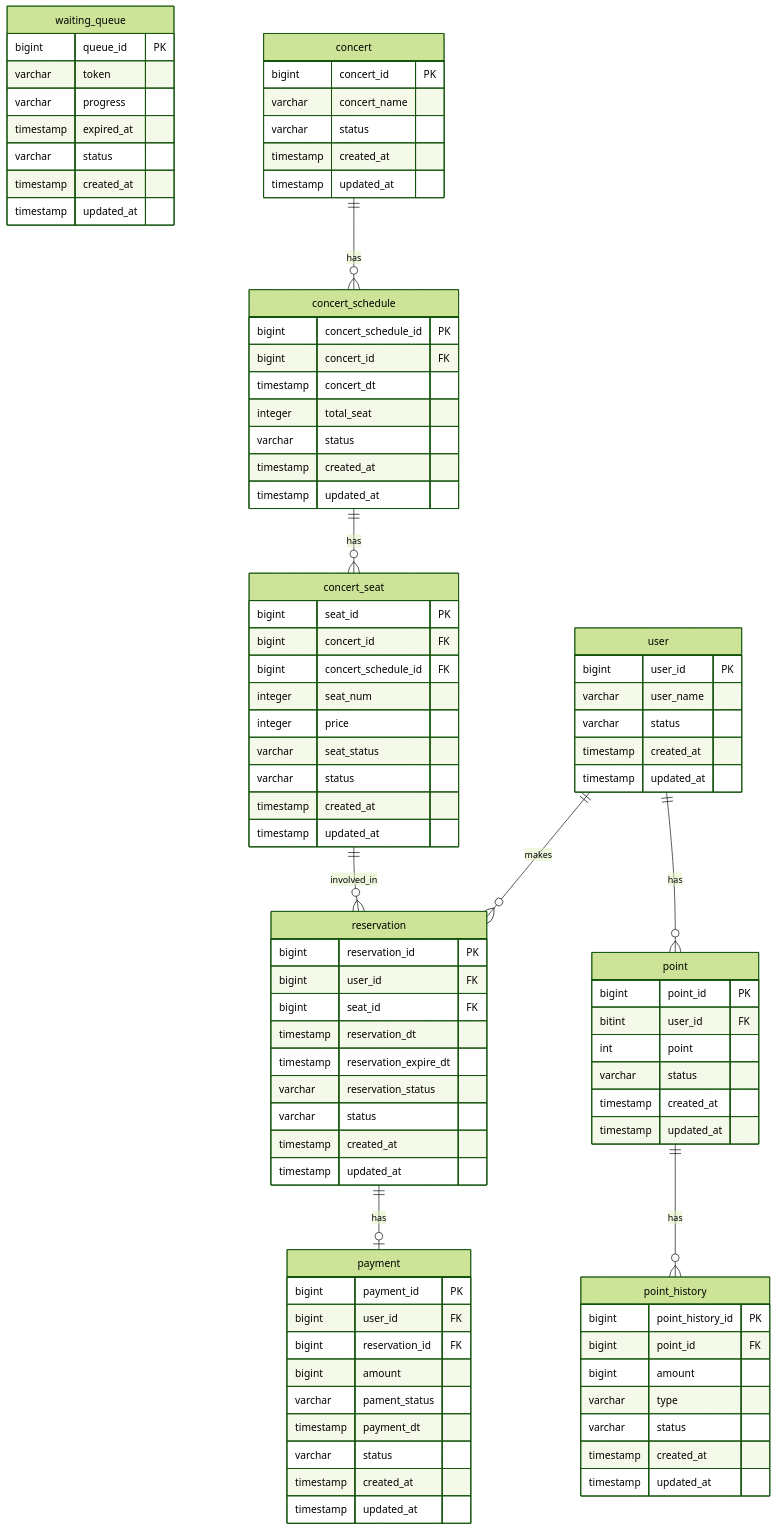
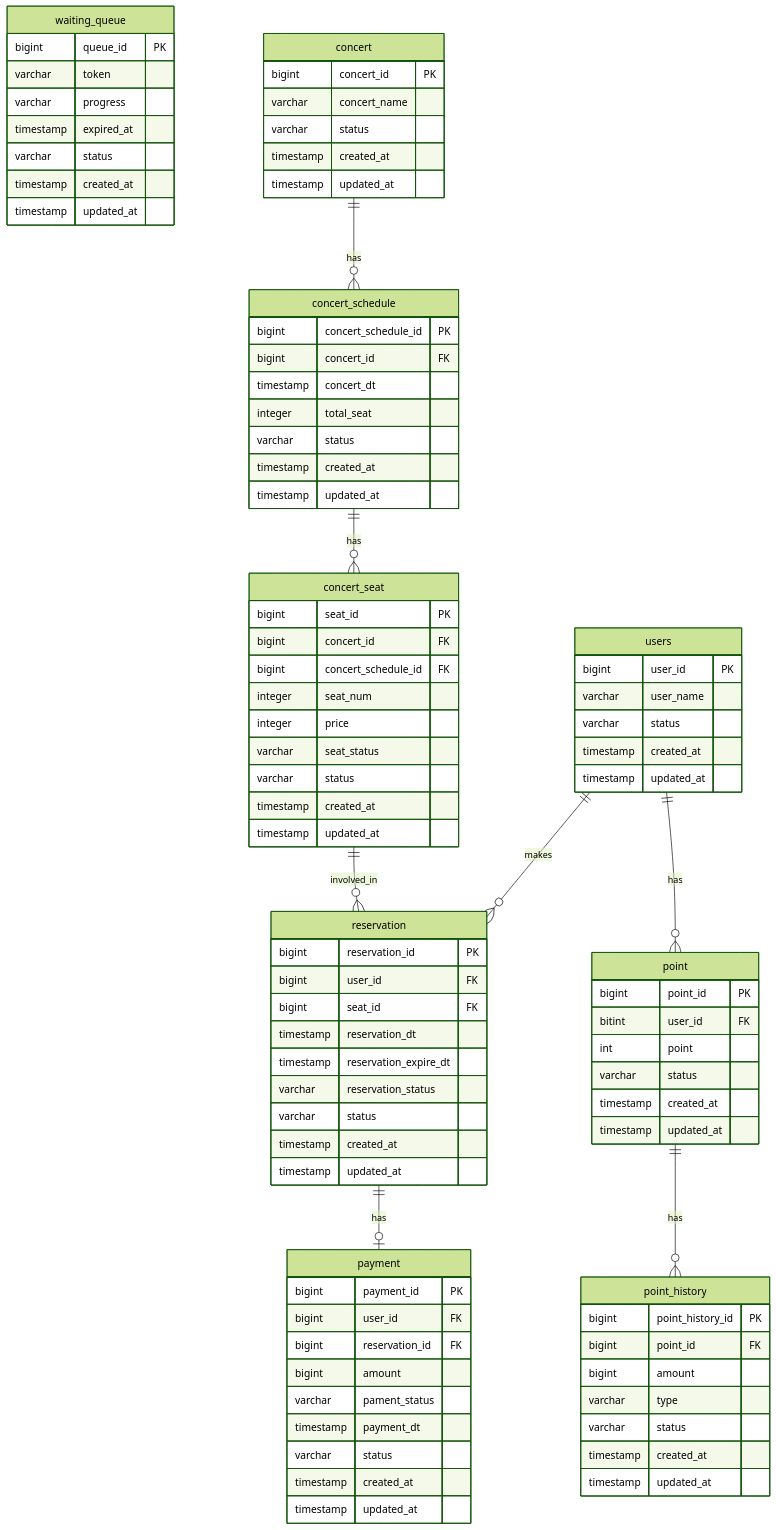
The diagram in docs/ERD.md (leehanna602/hhplus-server-construction), drawn with Mermaid (forest theme) before and after one commit. The commit also changed 25 other files, not shown here.

````diff
--- a/docs/ERD.md
+++ b/docs/ERD.md
@@ -2,6 +2,6 @@
 ```mermaid
 erDiagram
-    user {
+    users {
         bigint user_id PK
         varchar user_name
         varchar status
@@ -92,11 +92,11 @@
         timestamp updated_at
     }
 
-    user ||--o{ point : has
+    users ||--o{ point : has
     point ||--o{ point_history : has
     concert_seat ||--o{ reservation : involved_in
     concert ||--o{ concert_schedule : has
-    user ||--o{ reservation : makes
+    users ||--o{ reservation : makes
     concert_schedule ||--o{ concert_seat : has
     reservation ||--o| payment : has
 ```
````
